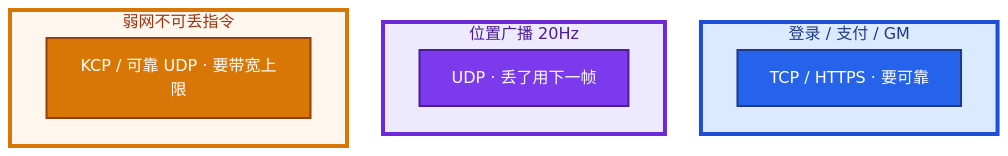
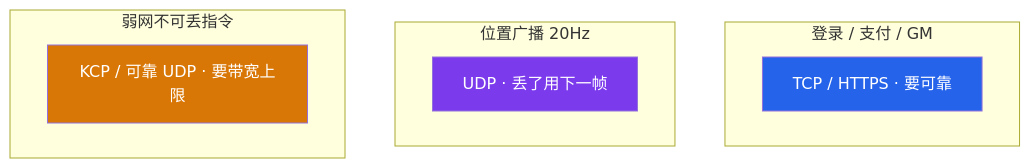
Before and after one commit to ml-cuizijun/LearnToLilith: the third of 8 diagrams in 02-基础底座/08-TCP与UDP/知识点.md, drawn with Mermaid. The commit also changed other lines of this file and 213 other files, not shown here.

````diff
--- a/02-基础底座/08-TCP与UDP/知识点.md
+++ b/02-基础底座/08-TCP与UDP/知识点.md
@@ -129,24 +112,19 @@
 ```mermaid
-%%{init: {"flowchart": {"padding": 16, "nodeSpacing": 36, "rankSpacing": 48}, "theme": "base"}}%%
 flowchart TB
     subgraph a ["登录 / 支付 / GM"]
         t1[TCP / HTTPS · 要可靠]
     end
     subgraph b ["位置广播 20Hz"]
         t2[UDP · 丢了用下一帧]
     end
     subgraph c ["弱网不可丢指令"]
         t3[KCP / 可靠 UDP · 要带宽上限]
     end
 
-    classDef x fill:#2563EB,stroke:#1E3A8A,stroke-width:2px,color:#fff
-    classDef y fill:#7C3AED,stroke:#4C1D95,stroke-width:2px,color:#fff
-    classDef z fill:#D97706,stroke:#92400E,stroke-width:2px,color:#fff
+    classDef x fill:#2563EB,color:#fff
+    classDef y fill:#7C3AED,color:#fff
+    classDef z fill:#D97706,color:#fff
     class t1 x
     class t2 y
     class t3 z
-
-    style a fill:#DBEAFE,stroke:#1D4ED8,stroke-width:4px,color:#1E3A8A
-    style b fill:#EDE9FE,stroke:#6D28D9,stroke-width:4px,color:#4C1D95
-    style c fill:#FFF7ED,stroke:#D97706,stroke-width:4px,color:#9A3412
 ```
````
